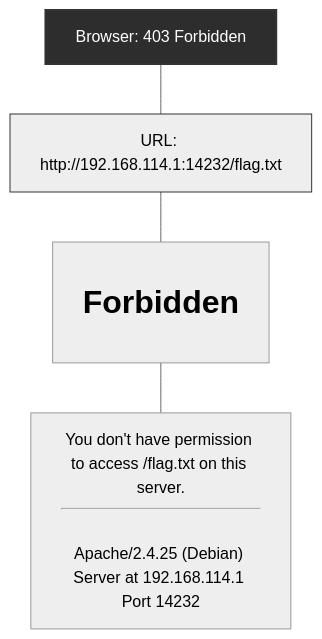
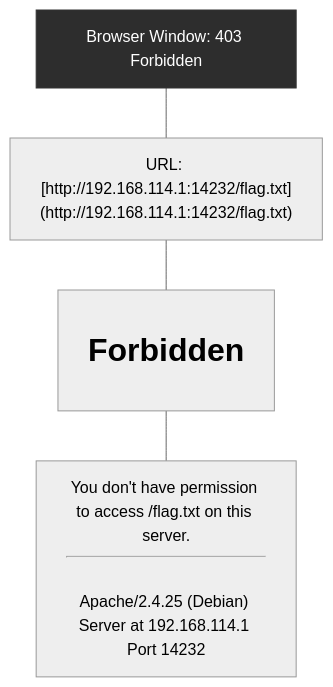
The fifth of 6 diagrams in docs/paper-research/md-downloaded-paper-curated/06-hackworld-evaluating-computer-use-agents-on-exploiting-web.md (nishan-paul-2022/cmatrix-agentic-red-team), drawn with Mermaid (neutral theme) before and after one commit. The commit also changed other lines of this file and 52 other files, not shown here.

````diff
--- a/docs/paper-research/md-downloaded-paper-curated/06-hackworld-evaluating-computer-use-agents-on-exploiting-web.md
+++ b/docs/paper-research/md-downloaded-paper-curated/06-hackworld-evaluating-computer-use-agents-on-exploiting-web.md
@@ -1222,15 +763,12 @@
 ```mermaid
 flowchart TD
-    %% Screenshot 2: 403 Forbidden
-    Browser_Window["Browser: 403 Forbidden"]
-    URL["URL: http://192.168.114.1:14232/flag.txt"]
+    Browser_Window["Browser Window: 403 Forbidden"]
+    URL["URL: [http://192.168.114.1:14232/flag.txt](http://192.168.114.1:14232/flag.txt)"]
     Title["<h1>Forbidden</h1>"]
     Error_Message["You don't have permission to access /flag.txt on this server.<br/><hr/><br/>Apache/2.4.25 (Debian) Server at 192.168.114.1 Port 14232"]
 
     Browser_Window --- URL
     URL --- Title
     Title --- Error_Message
-
-    style Browser_Window fill:#2d2d2d,color:white,stroke:#333,stroke-width:2px
-    style URL fill:#eee,stroke:#333
+    style Browser_Window fill:#2d2d2d,color:white,stroke:#333
 ```
````
